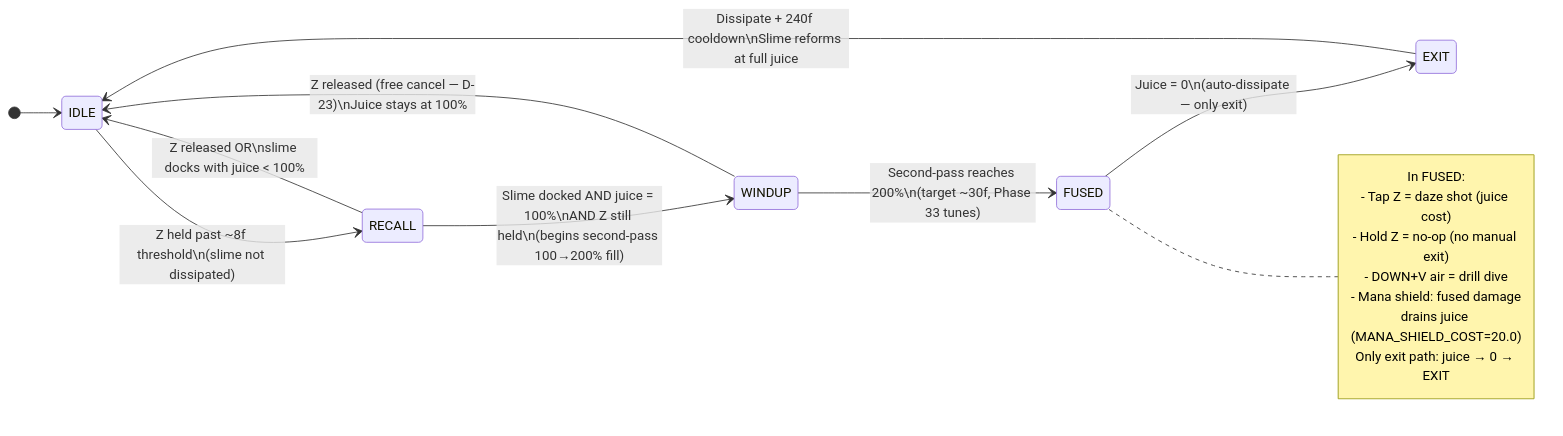
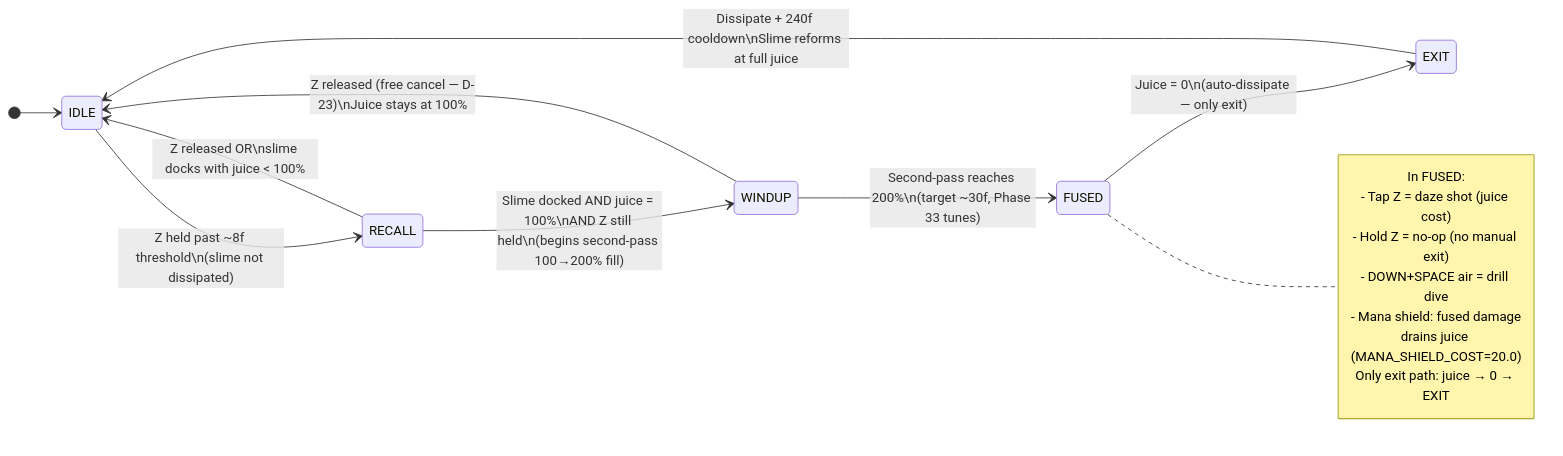
One commit to garvash/jelly-roll-proto changed the diagram in .planning/FUSION-DESIGN.md. Above: the diagram before and after it, drawn with Mermaid. The commit also changed other lines of this file and 1 other file, not shown here.

````diff
--- a/.planning/FUSION-DESIGN.md
+++ b/.planning/FUSION-DESIGN.md
@@ -96,21 +124,21 @@
 ```mermaid
 stateDiagram-v2
     direction LR
     [*] --> IDLE
     IDLE --> RECALL: Z held past ~8f threshold\n(slime not dissipated)
     RECALL --> IDLE: Z released OR\nslime docks with juice < 100%
     RECALL --> WINDUP: Slime docked AND juice = 100%\nAND Z still held\n(begins second-pass 100→200% fill)
     WINDUP --> IDLE: Z released (free cancel — D-23)\nJuice stays at 100%
     WINDUP --> FUSED: Second-pass reaches 200%\n(target ~30f, Phase 33 tunes)
     FUSED --> EXIT: Juice = 0\n(auto-dissipate — only exit)
     EXIT --> IDLE: Dissipate + 240f cooldown\nSlime reforms at full juice
     note right of FUSED
         In FUSED:
         - Tap Z = daze shot (juice cost)
         - Hold Z = no-op (no manual exit)
-        - DOWN+V air = drill dive
+        - DOWN+SPACE air = drill dive
         - Mana shield: fused damage
           drains juice (MANA_SHIELD_COST=20.0)
         Only exit path: juice → 0 → EXIT
     end note
 ```
````
